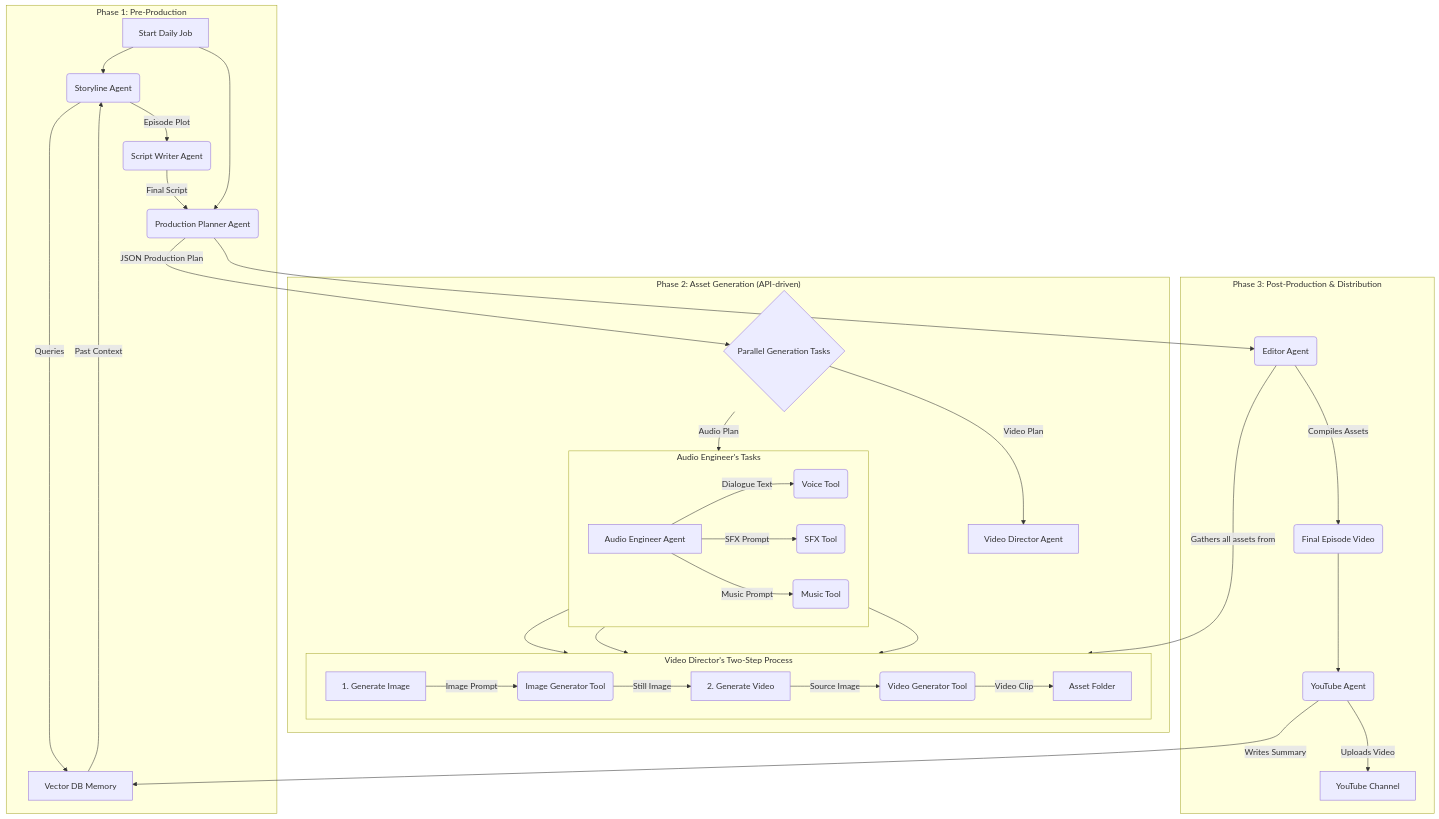
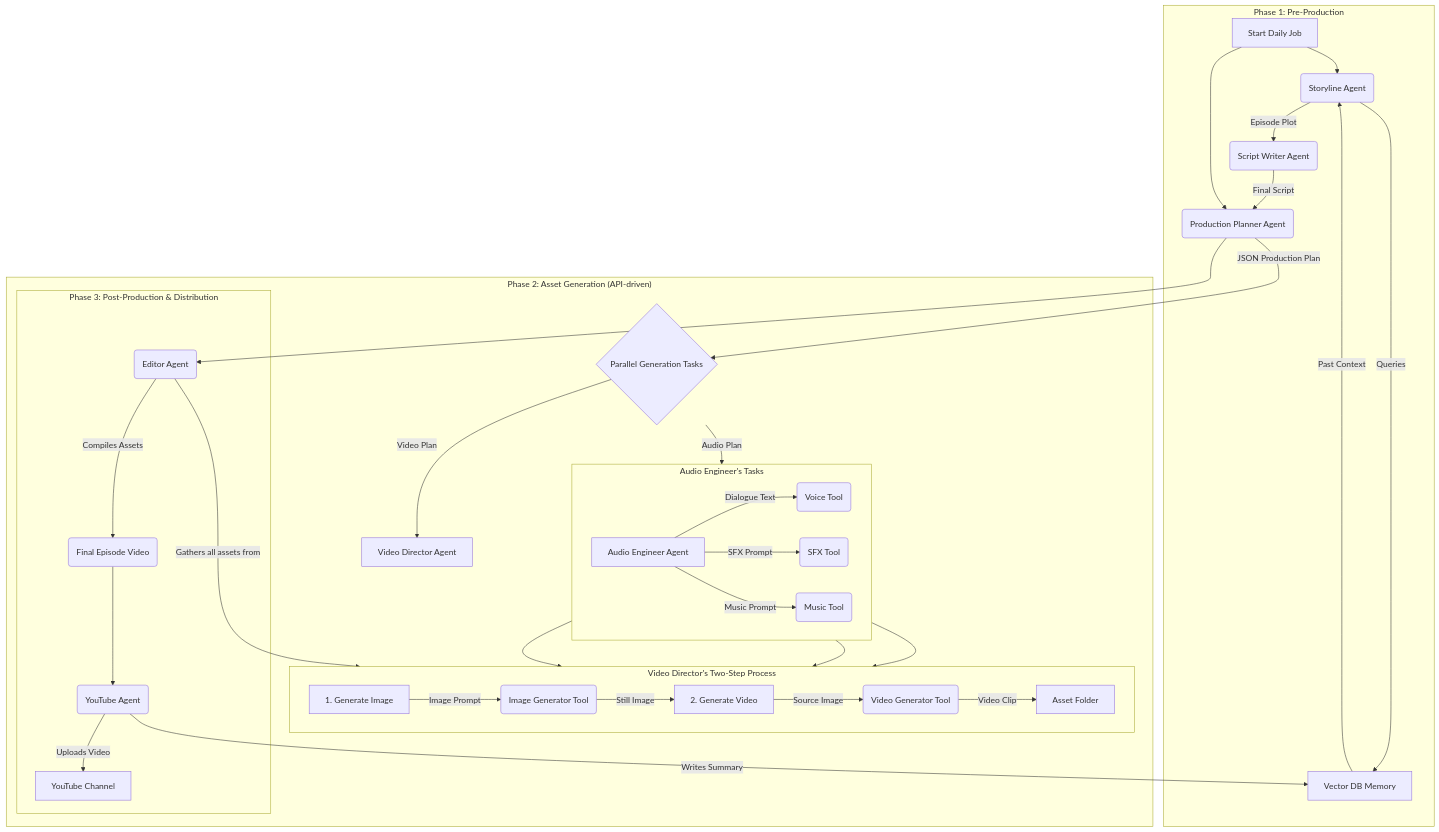
Before and after one commit to Mtuthuko/Multi-Agentic-Anime-Series-Creator: the diagram in README.md, drawn with Mermaid.

````diff
--- a/README.md
+++ b/README.md
@@ -22,43 +22,46 @@
 ```mermaid
 graph TD
+
     subgraph "Phase 1: Pre-Production"
         A[Start Daily Job] --> B(Storyline Agent);
         B -- Queries --> C[Vector DB Memory];
         C -- Past Context --> B;
         B -- Episode Plot --> D(Script Writer Agent);
         D -- Final Script --> E(Production Planner Agent);
     end
 
     subgraph "Phase 2: Asset Generation (API-driven)"
         E -- JSON Production Plan --> F{Parallel Generation Tasks};
         F -- Video Plan --> G[Video Director Agent];
         F -- Audio Plan --> H[Audio Engineer Agent];
 
         subgraph "Video Director's Two-Step Process"
             direction LR
             G1[1. Generate Image] -- Image Prompt --> I(Image Generator Tool);
             I -- Still Image --> G2[2. Generate Video];
             G2 -- Source Image --> J(Video Generator Tool);
             J -- Video Clip --> K[Asset Folder];
         end
         
         subgraph "Audio Engineer's Tasks"
             direction LR
             H -- Dialogue Text --> L(Voice Tool);
             H -- SFX Prompt --> M(SFX Tool);
             H -- Music Prompt --> N(Music Tool);
             L & M & N --> K;
         end
-    end
+   
 
     subgraph "Phase 3: Post-Production & Distribution"
         O(Editor Agent) -- Gathers all assets from --> K;
         O -- Compiles Assets --> P(Final Episode Video);
         P --> Q(YouTube Agent);
         Q -- Uploads Video --> R[YouTube Channel];
         Q -- Writes Summary --> C;
     end
     
     A --> E;
     E --> O;
+
+ end
 ```
````
